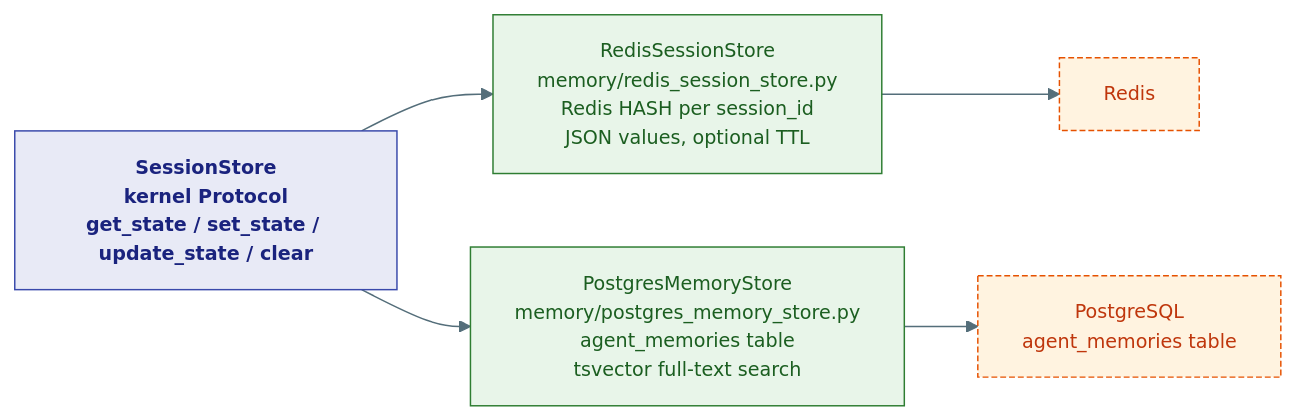
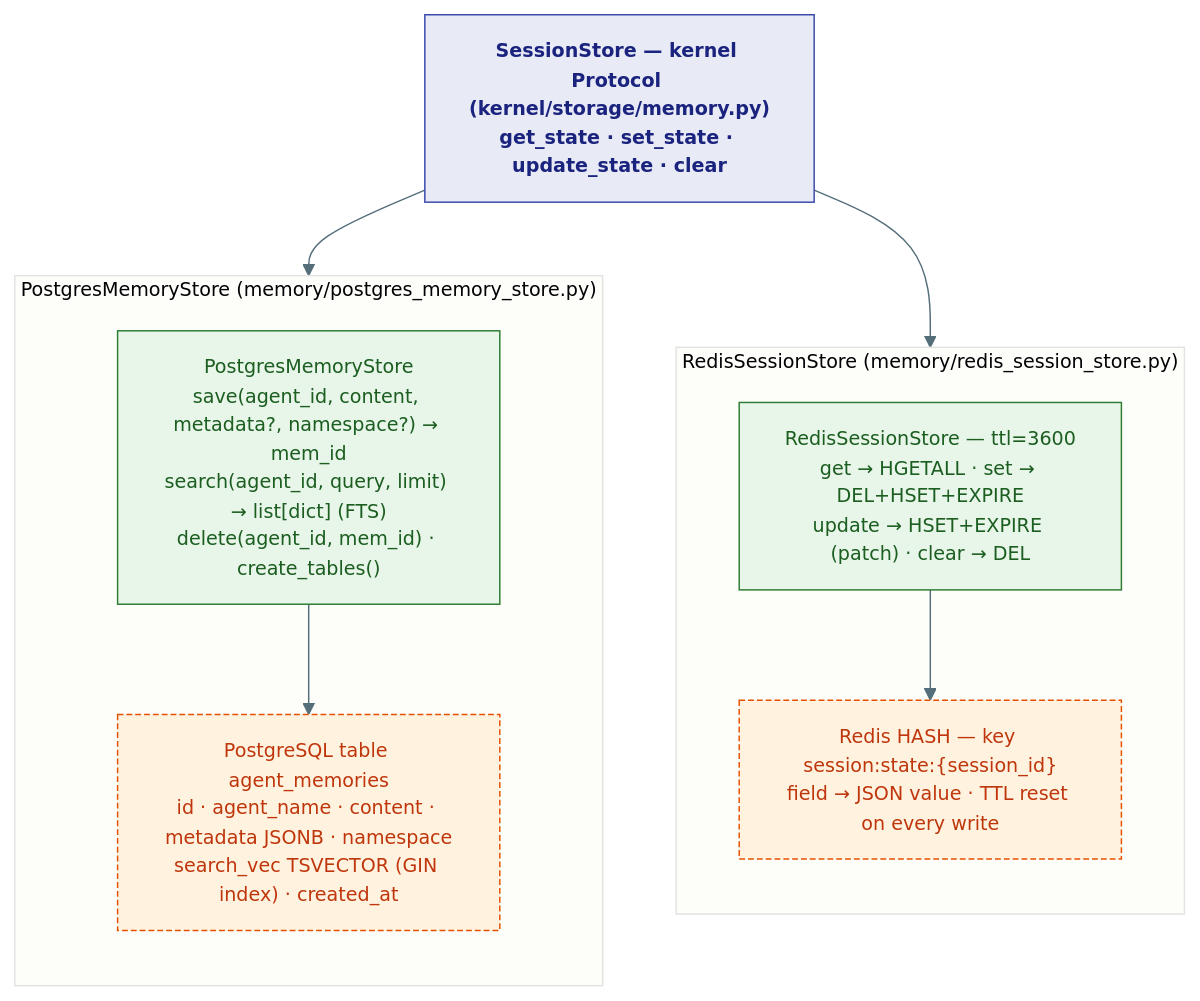
Before and after one commit to Ravikumarchavva/agent-substrate: the first of 2 diagrams in agents/agent-substrate/docs/capabilities/05-memory-and-history.md, drawn with Mermaid. The commit also changed other lines of this file and 10 other files, not shown here.

First line of the commit message:
Refactor documentation diagrams and enhance Mermaid integration

````diff
--- a/agents/agent-substrate/docs/capabilities/05-memory-and-history.md
+++ b/agents/agent-substrate/docs/capabilities/05-memory-and-history.md
@@ -14,20 +14,26 @@
 ```mermaid
 %%{init: {'theme': 'base', 'themeVariables': {'primaryColor': '#E8EAF6','primaryTextColor': '#1A237E','primaryBorderColor': '#3949AB','lineColor': '#546E7A','fontSize': '13px'}}}%%
-flowchart LR
+flowchart TB
     classDef proto fill:#E8EAF6,stroke:#3949AB,color:#1A237E,font-weight:bold
     classDef impl  fill:#E8F5E9,stroke:#2E7D32,color:#1B5E20
     classDef store fill:#FFF3E0,stroke:#E65100,color:#BF360C,stroke-dasharray:4 2
 
-    SM["SessionStore\nkernel Protocol\nget_state / set_state / update_state / clear"]:::proto
+    SM["SessionStore — kernel Protocol (kernel/storage/memory.py)<br/>get_state · set_state · update_state · clear"]:::proto
 
-    RSS["RedisSessionStore\nmemory/redis_session_store.py\nRedis HASH per session_id\nJSON values, optional TTL"]:::impl
-    PMS["PostgresMemoryStore\nmemory/postgres_memory_store.py\nagent_memories table\ntsvector full-text search"]:::impl
+    subgraph REDIS["RedisSessionStore (memory/redis_session_store.py)"]
+        direction TB
+        RSS["RedisSessionStore — ttl=3600<br/>get → HGETALL · set → DEL+HSET+EXPIRE<br/>update → HSET+EXPIRE (patch) · clear → DEL"]:::impl
+        RD["Redis HASH — key session:state:{session_id}<br/>field → JSON value · TTL reset on every write"]:::store
+        RSS --> RD
+    end
 
-    RD["Redis"]:::store
-    PG["PostgreSQL\nagent_memories table"]:::store
+    subgraph POSTGRES["PostgresMemoryStore (memory/postgres_memory_store.py)"]
+        direction TB
+        PMS["PostgresMemoryStore<br/>save(agent_id, content, metadata?, namespace?) → mem_id<br/>search(agent_id, query, limit) → list[dict] (FTS)<br/>delete(agent_id, mem_id) · create_tables()"]:::impl
+        PG["PostgreSQL table agent_memories<br/>id · agent_name · content · metadata JSONB · namespace<br/>search_vec TSVECTOR (GIN index) · created_at"]:::store
+        PMS --> PG
+    end
 
     SM --> RSS
     SM --> PMS
-    RSS --> RD
-    PMS --> PG
 ```
````
